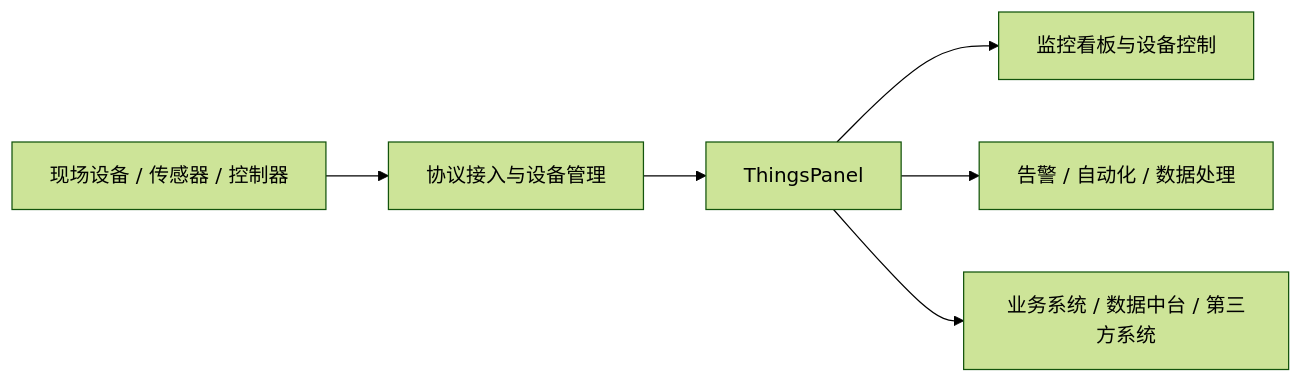
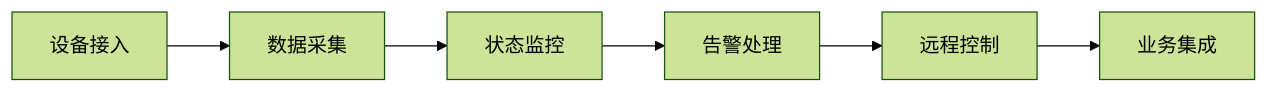
The diagram in i18n/zh-Hans/docusaurus-plugin-content-docs/current/introduction/application_scenarios.md (ThingsPanel/thingspanel.github.io), drawn with Mermaid (forest theme) before and after one commit. The commit also changed other lines of this file, not shown here.

Commit message:
Enhance application scenarios documentation for ThingsPanel, expanding on industry applications, user roles, and deployment methods. Clarify the platform's capabilities and typical use cases, emphasizing its versatility across various IoT projects.

````diff
--- a/i18n/zh-Hans/docusaurus-plugin-content-docs/current/introduction/application_scenarios.md
+++ b/i18n/zh-Hans/docusaurus-plugin-content-docs/current/introduction/application_scenarios.md
@@ -60,8 +137,8 @@
 ```mermaid
 flowchart LR
-    A[现场设备 / 传感器 / 控制器] --> B[协议接入与设备管理]
-    B --> C[ThingsPanel]
-    C --> D[监控看板与设备控制]
-    C --> E[告警 / 自动化 / 数据处理]
-    C --> F[业务系统 / 数据中台 / 第三方系统]
+    A[设备接入] --> B[数据采集]
+    B --> C[状态监控]
+    C --> D[告警处理]
+    D --> E[远程控制]
+    E --> F[业务集成]
 ```
````
